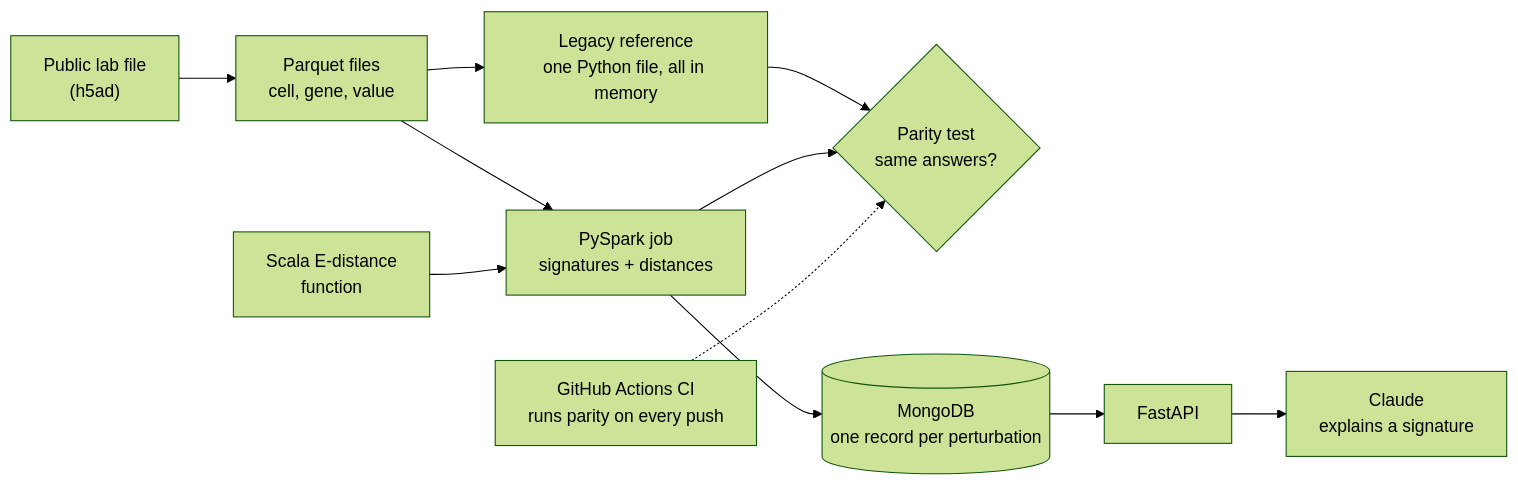
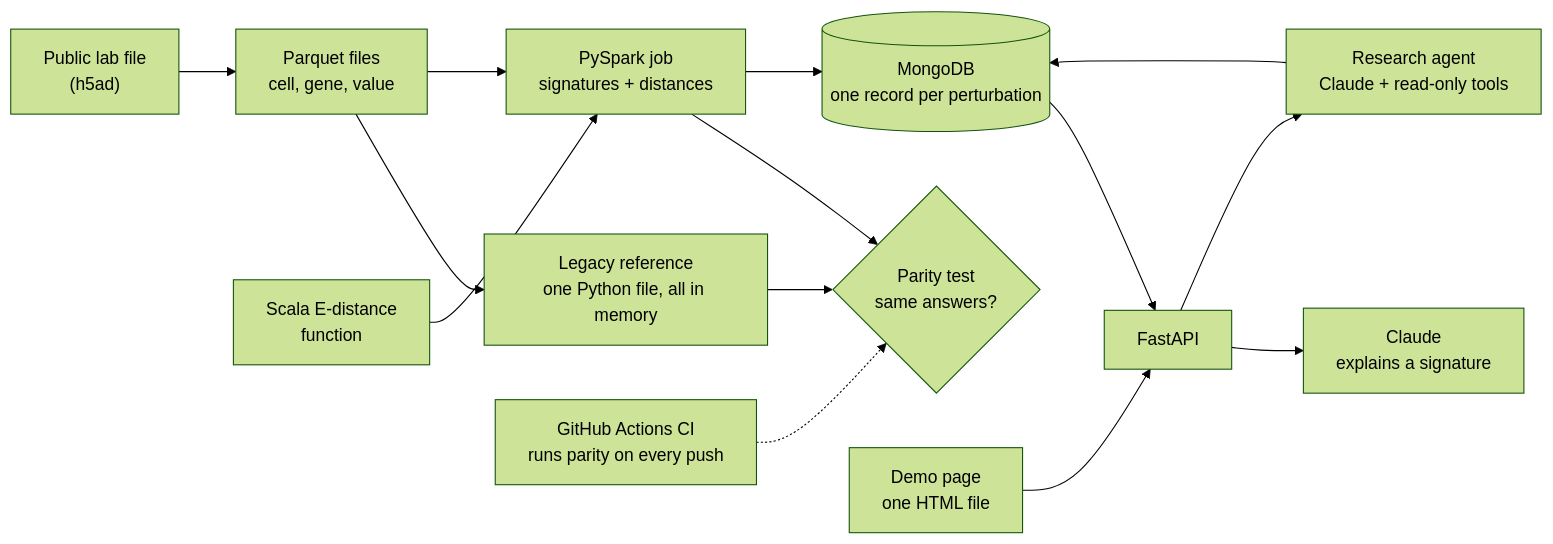
The diagram in README.md (QuanDev2/miniXell), drawn with Mermaid (forest theme) before and after one commit. The commit also changed other lines of this file and 4 other files, not shown here.

Commit message:
Add Spark cell sampling (MD5 rule); drop benchmarks; README covers agent and demo page

````diff
--- a/README.md
+++ b/README.md
@@ -33,13 +38,16 @@
 ```mermaid
 flowchart LR
   RAW["Public lab file<br/>(h5ad)"] --> PQ["Parquet files<br/>cell, gene, value"]
   PQ --> LEG["Legacy reference<br/>one Python file, all in memory"]
   PQ --> SPK["PySpark job<br/>signatures + distances"]
   SCALA["Scala E-distance<br/>function"] --> SPK
   LEG --> PAR{"Parity test<br/>same answers?"}
   SPK --> PAR
   SPK --> MDB[("MongoDB<br/>one record per perturbation")]
   MDB --> API["FastAPI"]
+  WEB["Demo page<br/>one HTML file"] --> API
   API --> CL["Claude<br/>explains a signature"]
+  API --> AG["Research agent<br/>Claude + read-only tools"]
+  AG --> MDB
   CI["GitHub Actions CI<br/>runs parity on every push"] -.-> PAR
 ```
````
